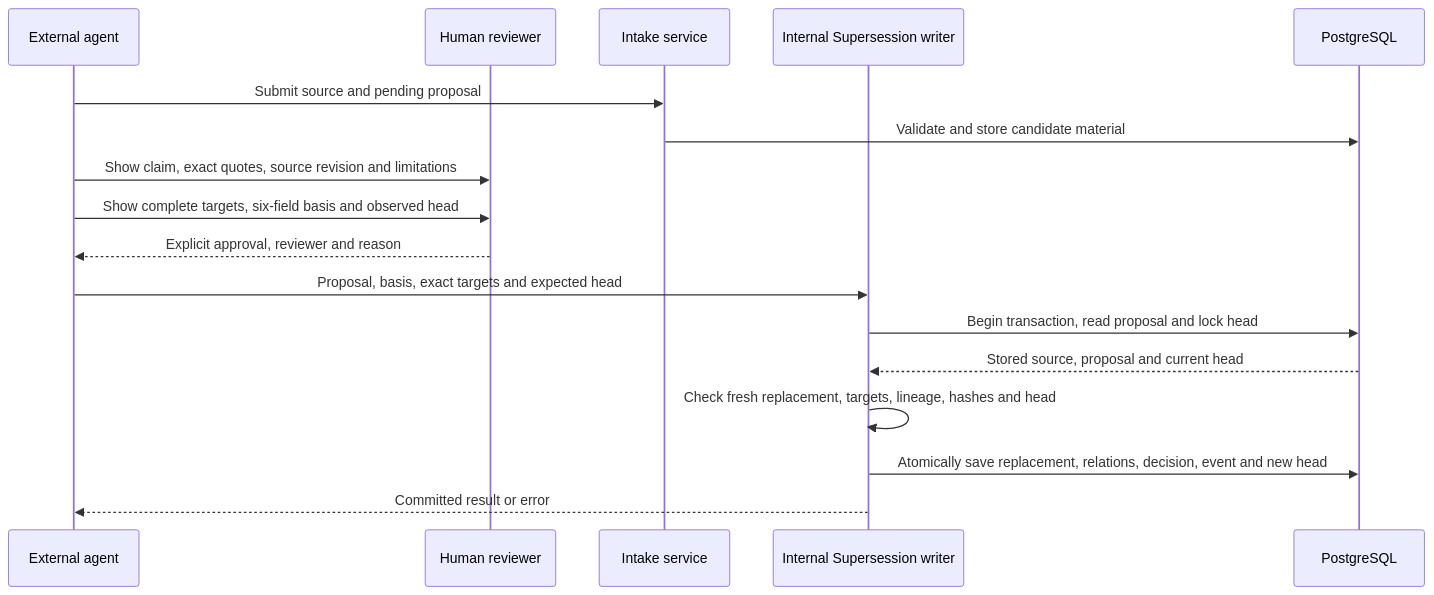
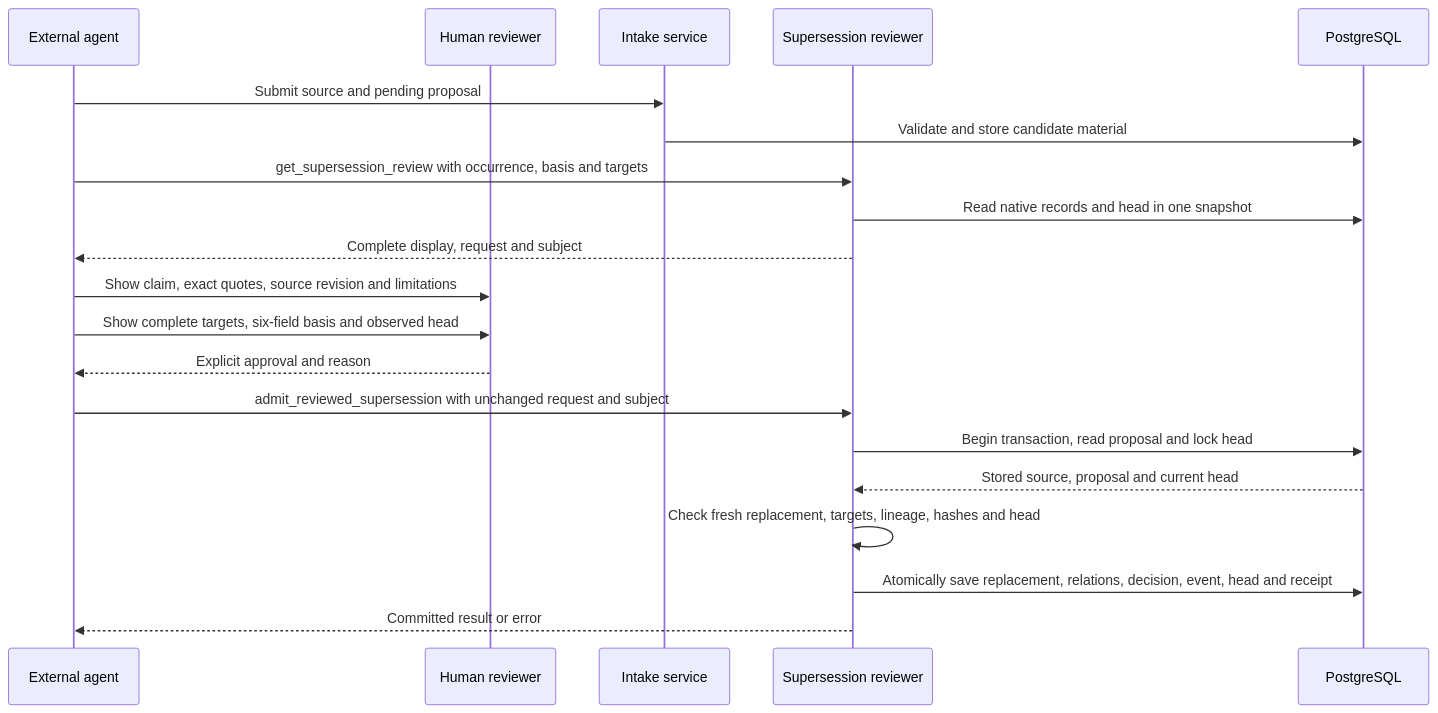
Before and after one commit to Yui-Qi-Tang/ahe-mcp: the third of 7 diagrams in docs/SYSTEM_DESIGN.md, drawn with Mermaid. The commit also changed other lines of this file and 47 other files, not shown here.

First line of the commit message:
feat: add reviewed supersession and endpoint dispositions

````diff
--- a/docs/SYSTEM_DESIGN.md
+++ b/docs/SYSTEM_DESIGN.md
@@ -337,19 +350,22 @@
 ```mermaid
 sequenceDiagram
     participant A as External agent
     participant H as Human reviewer
     participant I as Intake service
-    participant W as Internal Supersession writer
+    participant W as Supersession reviewer
     participant P as PostgreSQL
     A->>I: Submit source and pending proposal
     I->>P: Validate and store candidate material
+    A->>W: get_supersession_review with occurrence, basis and targets
+    W->>P: Read native records and head in one snapshot
+    W-->>A: Complete display, request and subject
     A->>H: Show claim, exact quotes, source revision and limitations
     A->>H: Show complete targets, six-field basis and observed head
-    H-->>A: Explicit approval, reviewer and reason
-    A->>W: Proposal, basis, exact targets and expected head
+    H-->>A: Explicit approval and reason
+    A->>W: admit_reviewed_supersession with unchanged request and subject
     W->>P: Begin transaction, read proposal and lock head
     P-->>W: Stored source, proposal and current head
     W->>W: Check fresh replacement, targets, lineage, hashes and head
-    W->>P: Atomically save replacement, relations, decision, event and new head
+    W->>P: Atomically save replacement, relations, decision, event, head and receipt
     W-->>A: Committed result or error
 ```
````
